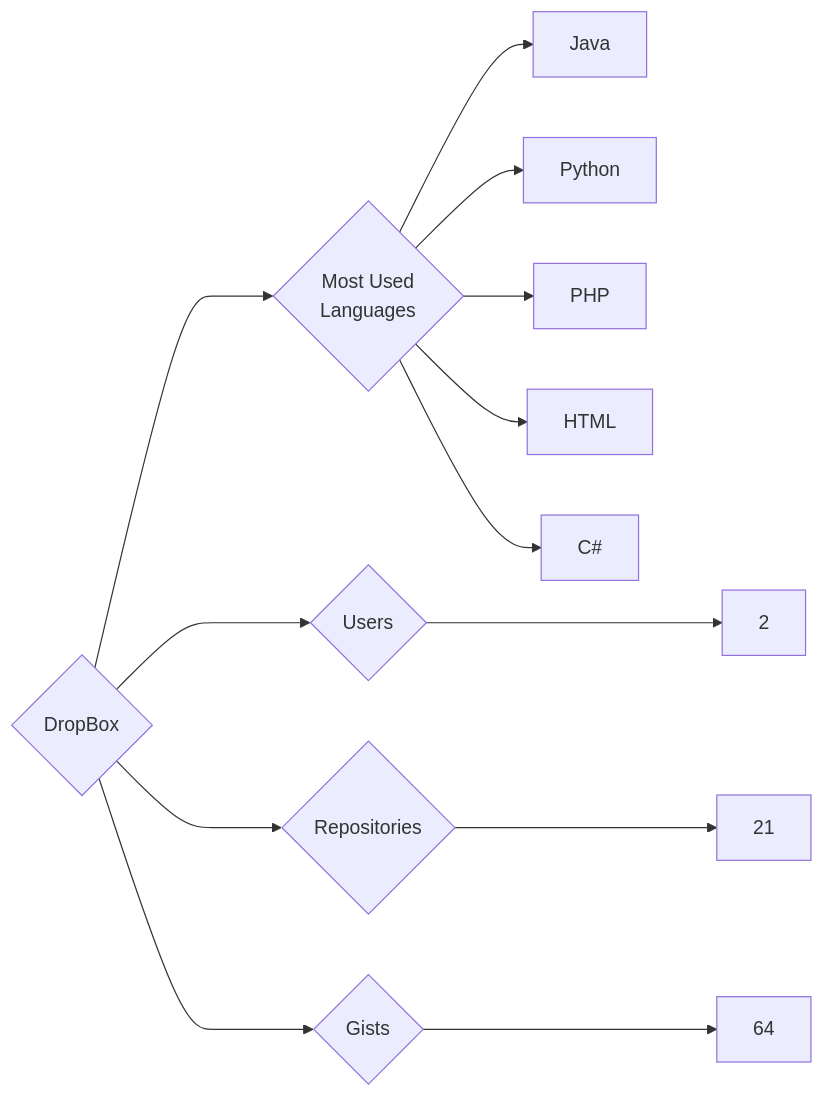
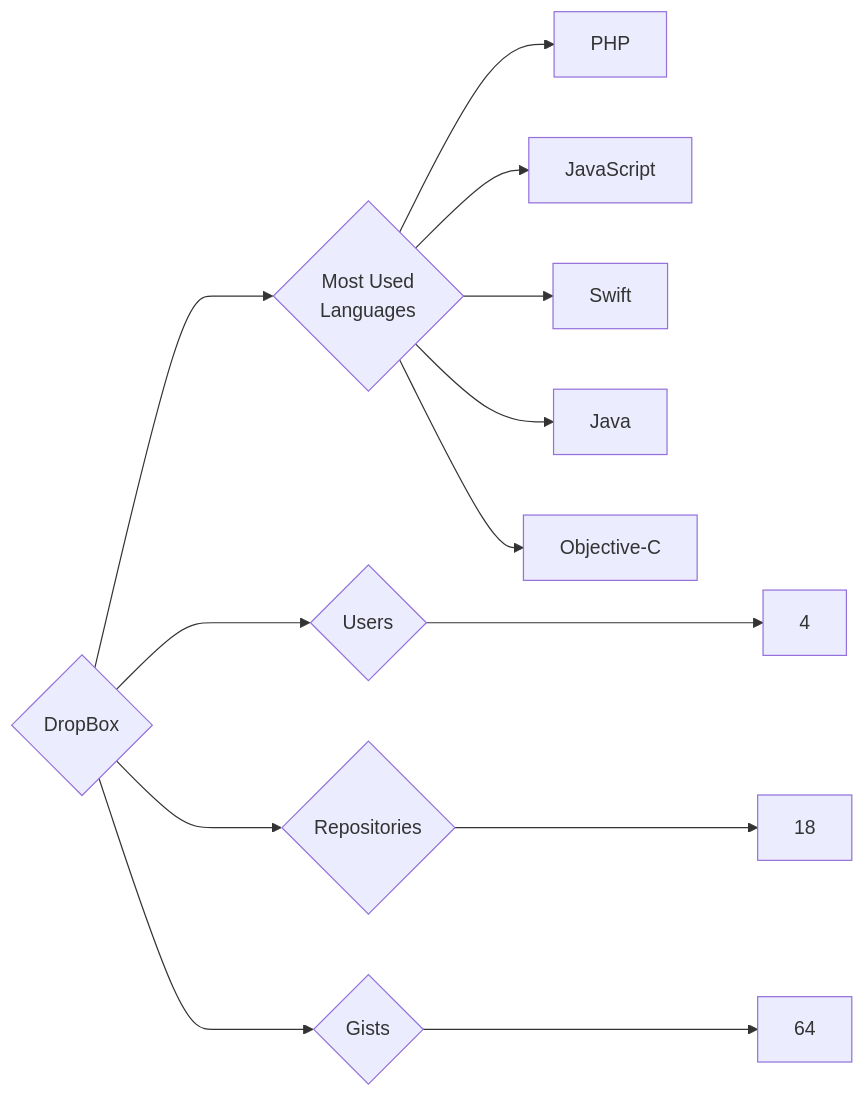
One commit to trickest/insiders changed the diagram in targets/DropBox/README.md. Above: the diagram before and after it, drawn with Mermaid. The commit also changed 1089 other files, not shown here.

````diff
--- a/targets/DropBox/README.md
+++ b/targets/DropBox/README.md
@@ -3,13 +3,13 @@
 ```mermaid
 graph LR
 COMPANY_NAME{DropBox}
-COMPANY_NAME ---> U{Users} ---> UN[2]
-COMPANY_NAME ---> R{Repositories} ---> RN[21]
+COMPANY_NAME ---> U{Users} ---> UN[4]
+COMPANY_NAME ---> R{Repositories} ---> RN[18]
 COMPANY_NAME ---> G{Gists} ---> GN[64]
 COMPANY_NAME ---> ML{Most Used<br>Languages}
+ML --> PHP[PHP]
+ML --> JavaScript[JavaScript]
+ML --> Swift[Swift]
 ML --> Java[Java]
-ML --> Python[Python]
-ML --> PHP[PHP]
-ML --> HTML[HTML]
-ML --> C#[C#]
+ML --> Objective-C[Objective-C]
 ```
````
